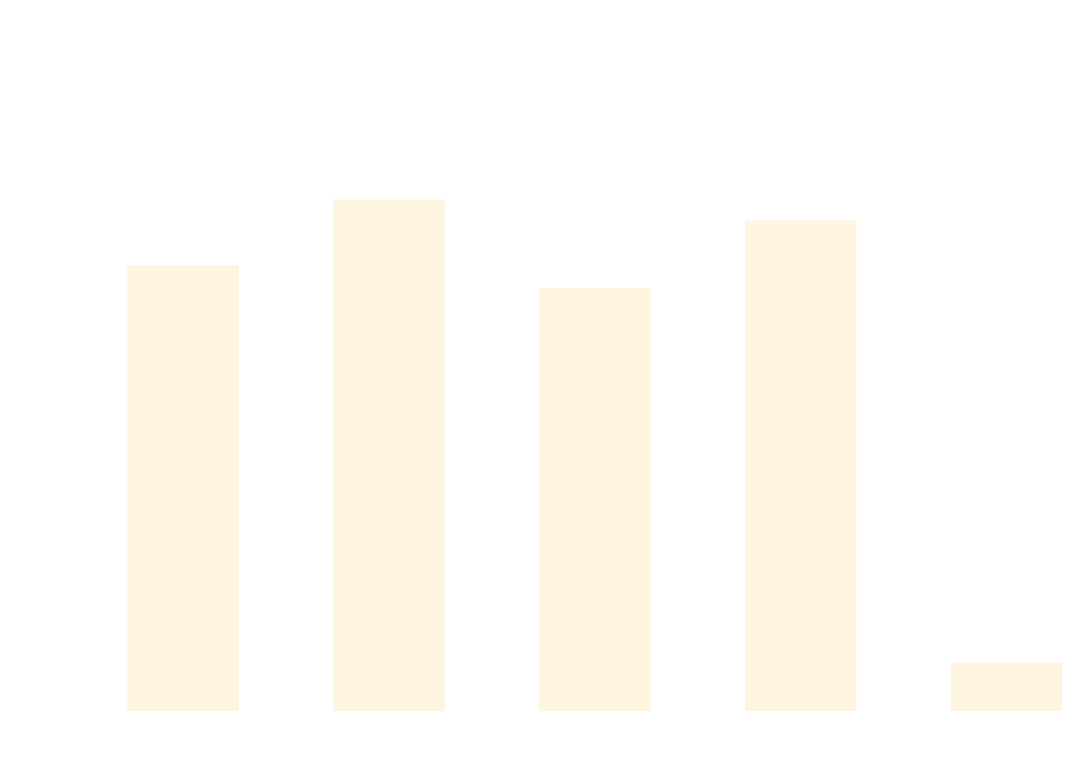
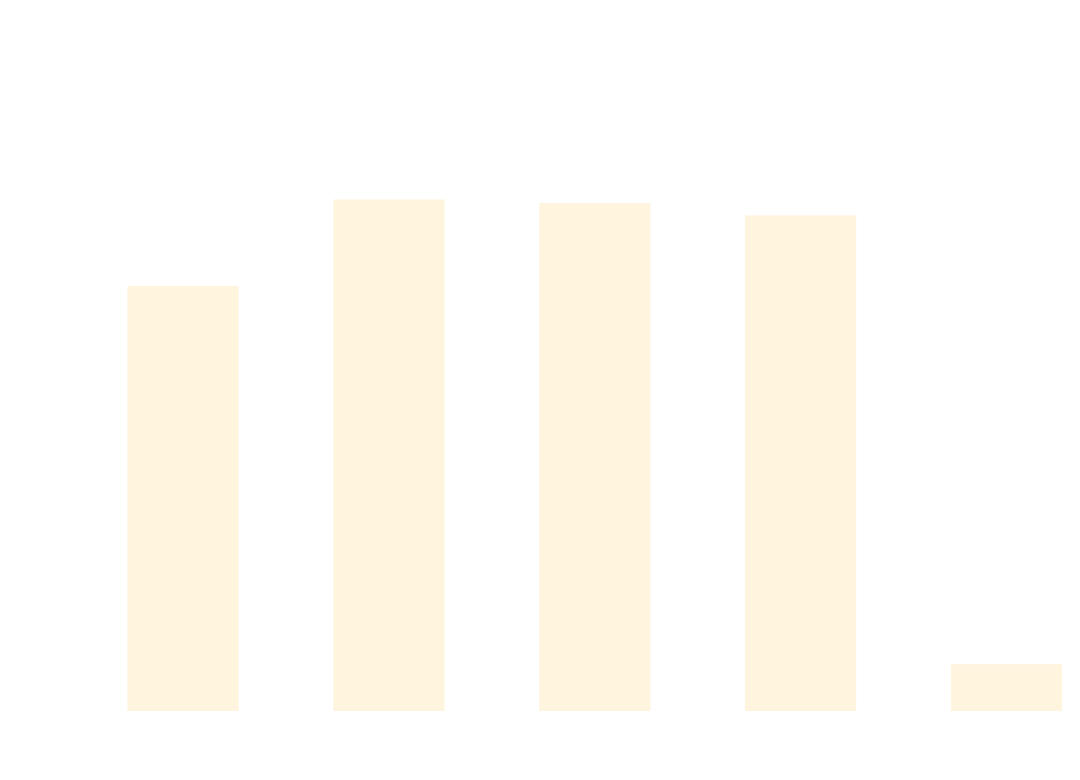
The diagram in docs/docs/benchmarks/ScaleTests.md (thomhurst/TUnit), drawn with Mermaid before and after one commit. The commit also changed other lines of this file and 17 other files, not shown here.

````diff
--- a/docs/docs/benchmarks/ScaleTests.md
+++ b/docs/docs/benchmarks/ScaleTests.md
@@ -27,37 +27,37 @@
 ```mermaid
 %%{init: {
   'theme':'base',
   'themeVariables': {
     'primaryColor': '#2563eb',
     'primaryTextColor': '#ffffff',
     'primaryBorderColor': '#1e40af',
     'lineColor': '#6b7280',
     'secondaryColor': '#7c3aed',
     'tertiaryColor': '#dc2626',
     'background': '#ffffff',
     'mainBkg': '#2563eb',
     'secondBkg': '#7c3aed',
     'tertiaryBkg': '#dc2626',
     'clusterBkg': '#f3f4f6',
     'edgeLabelBackground': '#ffffff',
     'tertiaryTextColor': '#1f2937',
     'pie1': '#2563eb',
     'pie2': '#7c3aed',
     'pie3': '#dc2626',
     'pie4': '#f59e0b',
     'pie5': '#10b981',
     'pie6': '#06b6d4',
     'pie7': '#ec4899',
     'pie8': '#6366f1',
     'pie9': '#84cc16',
     'pie10': '#f97316',
     'pie11': '#14b8a6',
     'pie12': '#a855f7'
   }
 }}%%
 xychart-beta
   title "ScaleTests Performance Comparison"
   x-axis ["TUnit", "NUnit", "MSTest", "xUnit3", "TUnit_AOT"]
-  y-axis "Time (ms)" 0 --> 720
-  bar [520.37, 599.74, 492.67, 574.22, 40.84]
+  y-axis "Time (ms)" 0 --> 757
+  bar [520.76, 630.59, 626.21, 610.49, 41.32]
 ```
````
